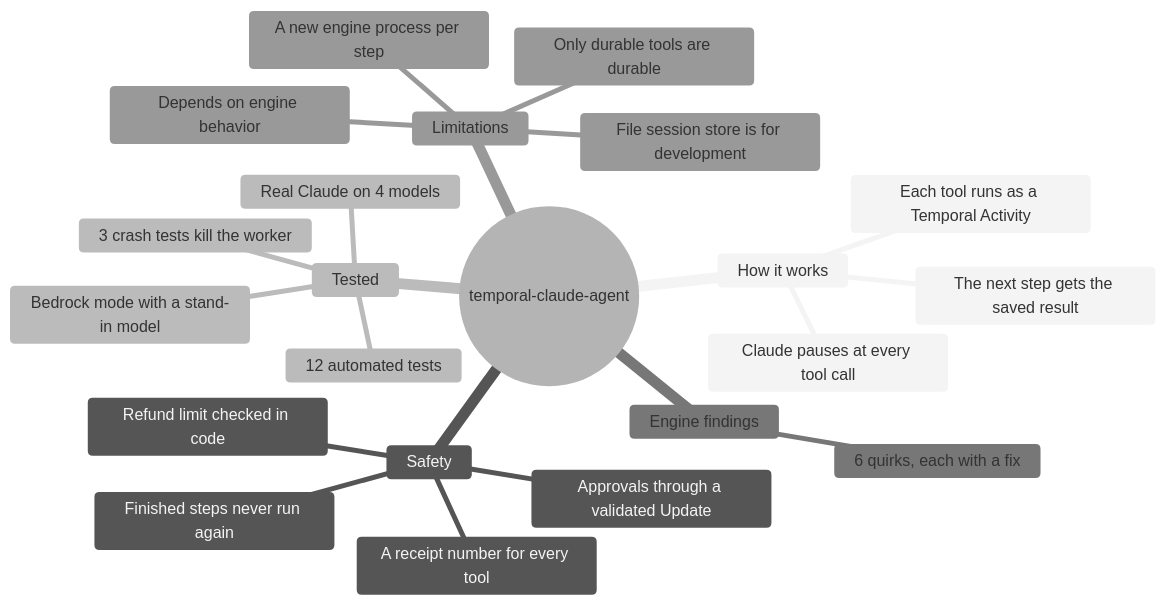
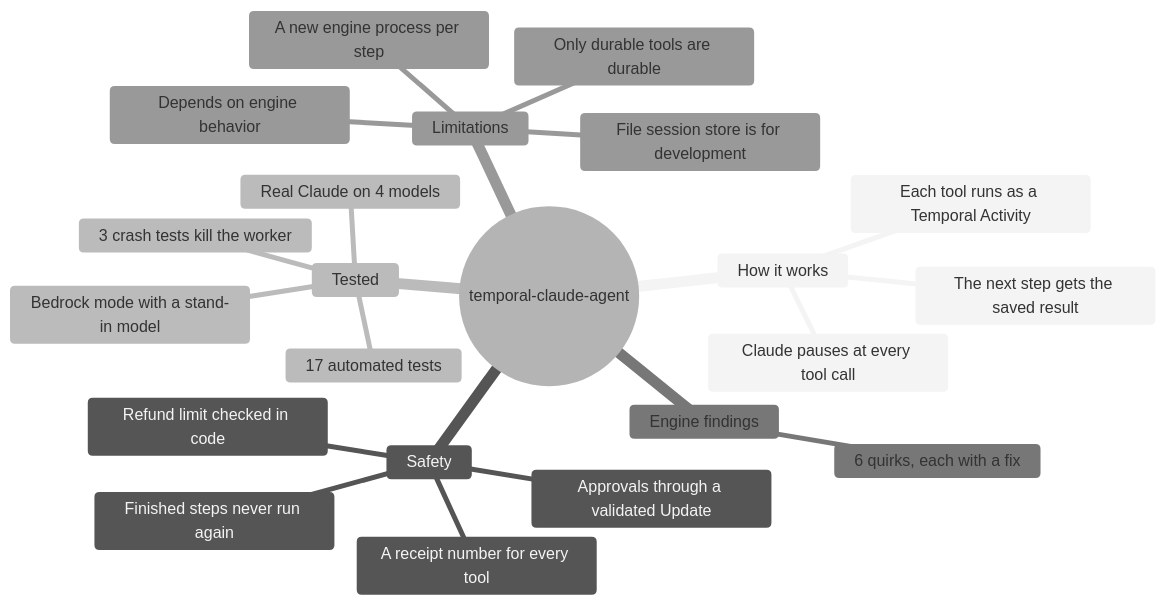
Before and after one commit to osamastro7-droid/temporal-claude-agent: the first of 4 diagrams in README.md, drawn with Mermaid (neutral theme). The commit also changed other lines of this file and 8 other files, not shown here.

````diff
--- a/README.md
+++ b/README.md
@@ -22,25 +22,25 @@
 ```mermaid
 mindmap
   root((temporal-claude-agent))
     How it works
       Claude pauses at every tool call
       Each tool runs as a Temporal Activity
       The next step gets the saved result
     Safety
       Finished steps never run again
       A receipt number for every tool
       Approvals through a validated Update
       Refund limit checked in code
     Tested
-      12 automated tests
+      17 automated tests
       3 crash tests kill the worker
       Real Claude on 4 models
       Bedrock mode with a stand-in model
     Engine findings
       6 quirks, each with a fix
     Limitations
       Depends on engine behavior
       A new engine process per step
       Only durable tools are durable
       File session store is for development
 ```
````
